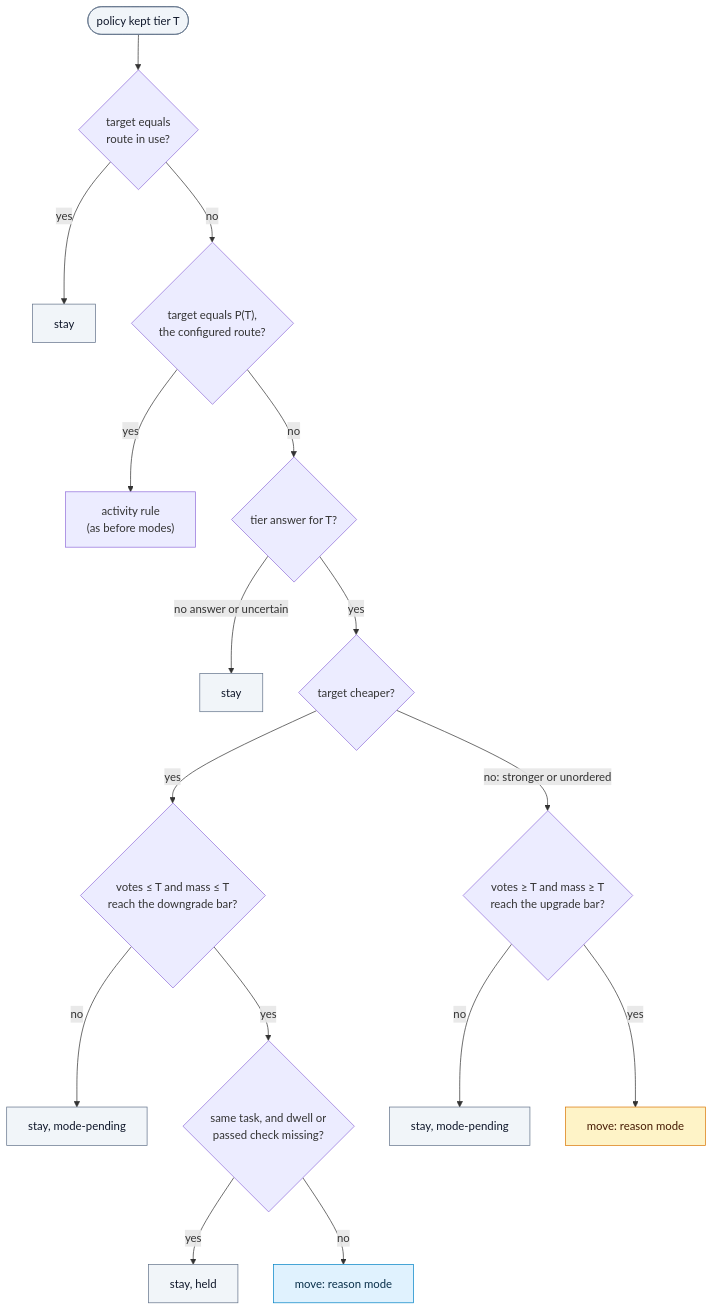
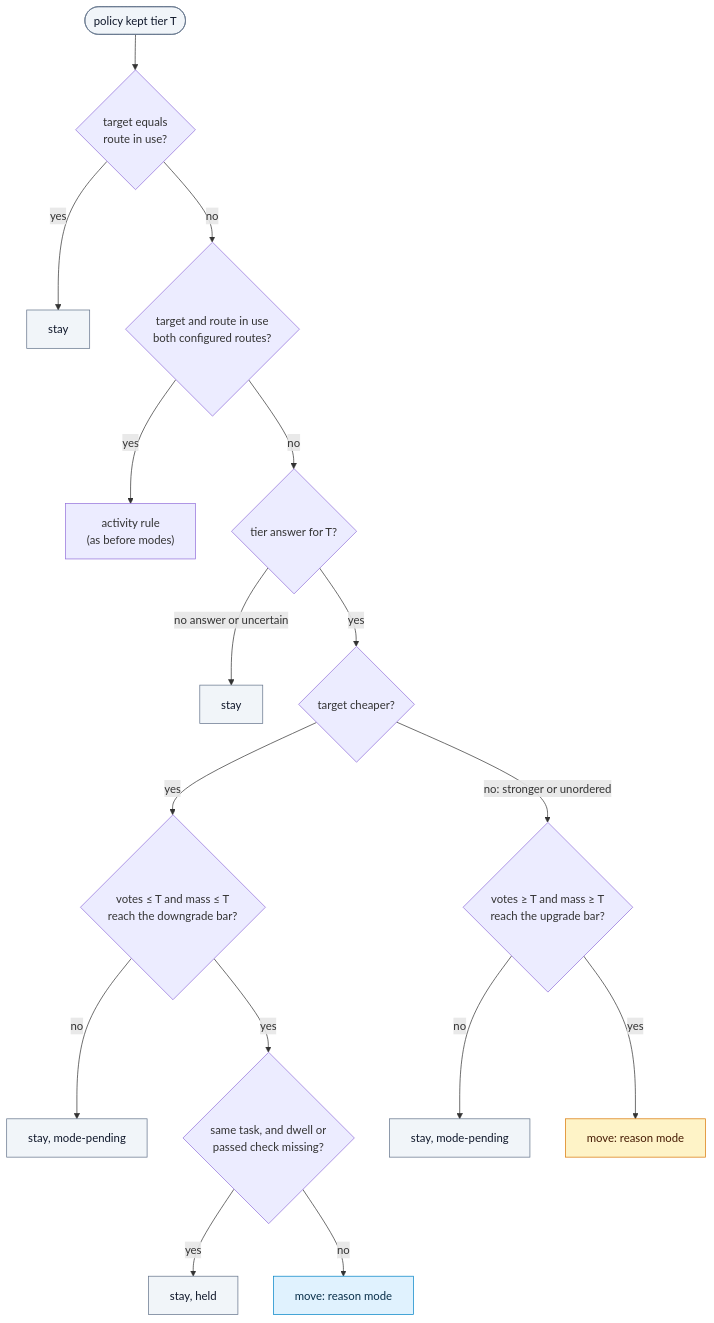
The seventh of 10 diagrams in docs/architecture.md (alexei-led/codex-router), drawn with Mermaid before and after one commit. The commit also changed other lines of this file and 5 other files, not shown here.

First line of the commit message:
fix(route): gate a switch back to balanced like any mode move

````diff
--- a/docs/architecture.md
+++ b/docs/architecture.md
@@ -252,22 +252,22 @@
 ```mermaid
 flowchart TD
   kept(["policy kept tier T"]):::stay --> same{"target equals<br/>route in use?"}
   same -->|yes| s0["stay"]:::stay
-  same -->|no| mode{"target equals P(T),<br/>the configured route?"}
+  same -->|no| mode{"target and route in use<br/>both configured routes?"}
   mode -->|yes| act["activity rule<br/>(as before modes)"]
   mode -->|no| adv{"tier answer for T?"}
   adv -->|"no answer or uncertain"| s1["stay"]:::stay
   adv -->|yes| dir{"target cheaper?"}
   dir -->|yes| dbar{"votes ≤ T and mass ≤ T<br/>reach the downgrade bar?"}
   dbar -->|no| s2["stay, mode-pending"]:::stay
   dbar -->|yes| task{"same task, and dwell or<br/>passed check missing?"}
   task -->|yes| s3["stay, held"]:::stay
   task -->|no| d1["move: reason mode"]:::down
   dir -->|"no: stronger or unordered"| ubar{"votes ≥ T and mass ≥ T<br/>reach the upgrade bar?"}
   ubar -->|no| s4["stay, mode-pending"]:::stay
   ubar -->|yes| u1["move: reason mode"]:::up
 
   classDef up fill:#fef3c7,stroke:#d97706,color:#451a03
   classDef down fill:#e0f2fe,stroke:#0284c7,color:#082f49
   classDef stay fill:#f1f5f9,stroke:#64748b,color:#0f172a
 ```
````
